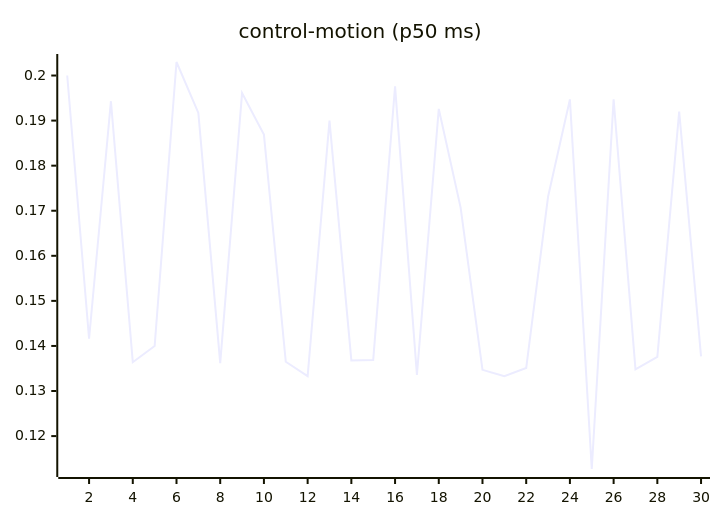
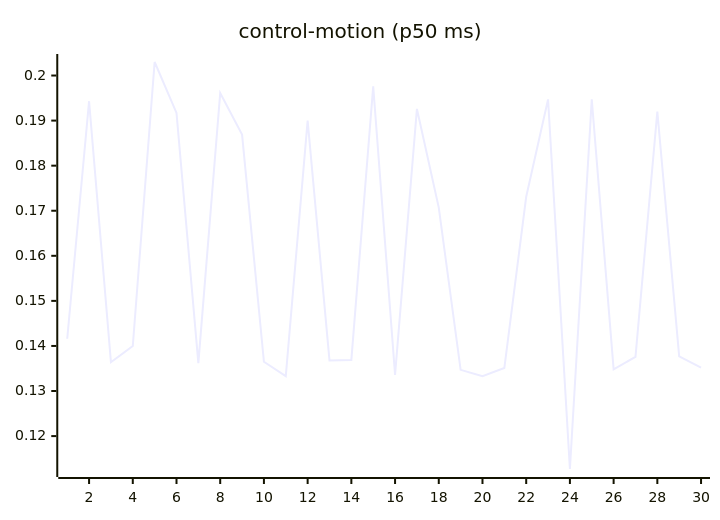
The seventh of 27 diagrams in README.md (josha/Facet), drawn with Mermaid before and after one commit. The commit also changed other lines of this file and 2 other files, not shown here.

````diff
--- a/README.md
+++ b/README.md
@@ -105,6 +105,6 @@
 ```mermaid
 xychart-beta
     title "control-motion (p50 ms)"
     x-axis 1 --> 30
-    line [0.2000, 0.1416, 0.1943, 0.1364, 0.1400, 0.2030, 0.1917, 0.1362, 0.1961, 0.1869, 0.1365, 0.1333, 0.1900, 0.1368, 0.1369, 0.1976, 0.1336, 0.1926, 0.1707, 0.1347, 0.1333, 0.1351, 0.1731, 0.1947, 0.1127, 0.1947, 0.1348, 0.1376, 0.1920, 0.1377]
+    line [0.1416, 0.1943, 0.1364, 0.1400, 0.2030, 0.1917, 0.1362, 0.1961, 0.1869, 0.1365, 0.1333, 0.1900, 0.1368, 0.1369, 0.1976, 0.1336, 0.1926, 0.1707, 0.1347, 0.1333, 0.1351, 0.1731, 0.1947, 0.1127, 0.1947, 0.1348, 0.1376, 0.1920, 0.1377, 0.1352]
 ```
````
